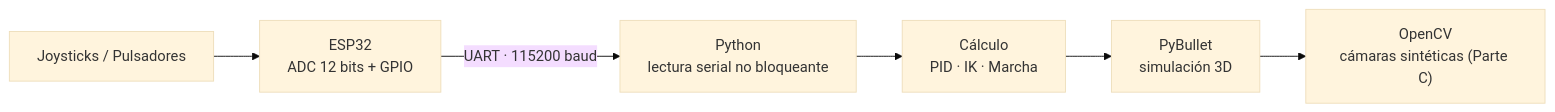
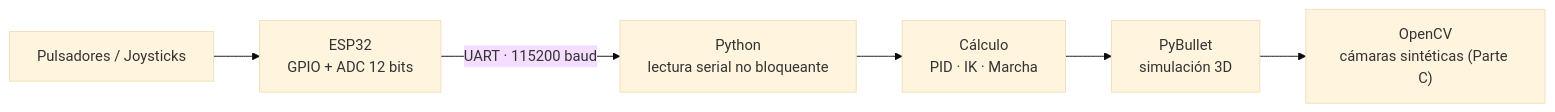
Before and after one commit to Johan-C777/Taller-Segundo-Corte: the first of 4 diagrams in README.md, drawn with Mermaid (base theme). The commit also changed other lines of this file, not shown here.

````diff
--- a/README.md
+++ b/README.md
@@ -43,8 +55,8 @@
 ```mermaid
 flowchart LR
-    A["Joysticks / Pulsadores"] --> B["ESP32<br/>ADC 12 bits + GPIO"]
+    A["Pulsadores / Joysticks"] --> B["ESP32<br/>GPIO + ADC 12 bits"]
     B -->|"UART · 115200 baud"| C["Python<br/>lectura serial no bloqueante"]
     C --> D["Cálculo<br/>PID · IK · Marcha"]
     D --> E["PyBullet<br/>simulación 3D"]
     E --> F["OpenCV<br/>cámaras sintéticas (Parte C)"]
 ```
````
